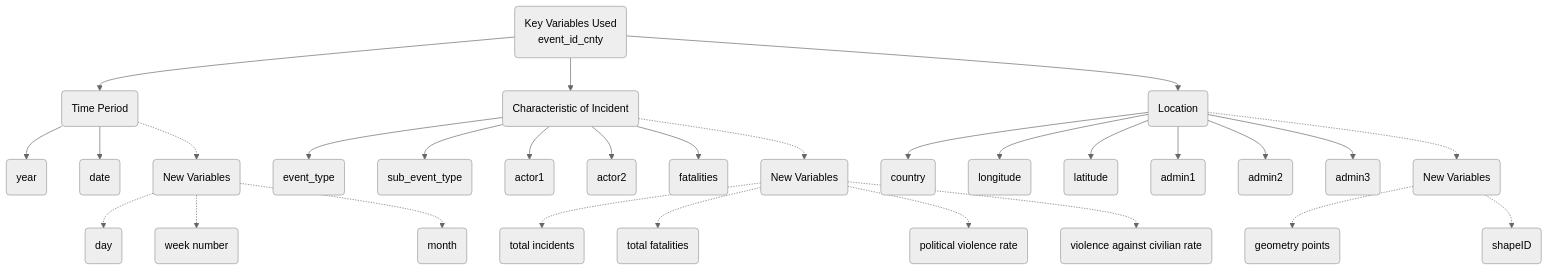
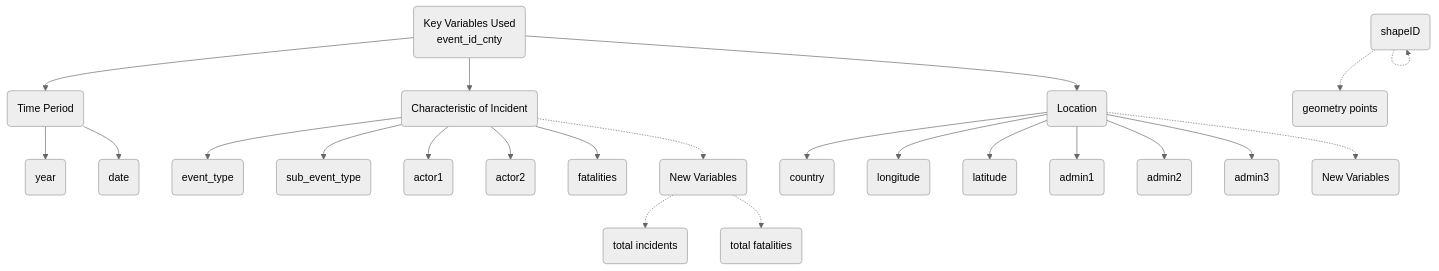
The diagram in Prototype/Aspatial Analysis/AspatialAnalysis.qmd (teoose/VAA-GroupProject-Netlify-), drawn with Mermaid (neutral theme) before and after one commit. The commit also changed other lines of this file and 18 other files, not shown here.

````diff
--- a/Prototype/Aspatial Analysis/AspatialAnalysis.qmd
+++ b/Prototype/Aspatial Analysis/AspatialAnalysis.qmd
@@ -118,38 +110,30 @@
 ```{mermaid}
 %%| echo: false
 flowchart TD
   A(Key Variables Used \n event_id_cnty)
   A --> B(Time Period)
   A --> C(Characteristic of Incident)
   A --> D(Location)
   
   B --> E(year)
   B --> F(date)
-  B -.-> G(New Variables)
-  G -.-> H(day)
-  G -.-> I(week number)
-  G -.-> J(month)
 
-
-  C --> K(event_type)
-  C --> L(sub_event_type)
-  C --> M(actor1)
-  C --> N(actor2)
-  C --> O(fatalities)
-  C -.-> P(New Variables)
-  P -.-> Q(total incidents)
-  P -.-> R(total fatalities)
-  P -.-> S(political violence rate)
-  P -.-> T(violence against civilian rate)
+  C --> G(event_type)
+  C --> H(sub_event_type)
+  C --> I(actor1)
+  C --> J(actor2)
+  C --> K(fatalities)
+  C -.-> L(New Variables)
+  L -.-> M(total incidents)
+  L -.-> N(total fatalities)
   
-  
-  D --> U(country)
-  D --> V(longitude)
-  D --> W(latitude)
-  D --> X(admin1)
-  D --> Y(admin2)
-  D --> Z(admin3)
-  D -.-> AA(New Variables)
-  AA -.-> AB(geometry points)
-  AA -.-> AC(shapeID)
+  D --> O(country)
+  D --> P(longitude)
+  D --> Q(latitude)
+  D --> R(admin1)
+  D --> S(admin2)
+  D --> T(admin3)
+  D -.-> U(New Variables)
+  W -.-> V(geometry points)
+  W -.-> W(shapeID)
 ```
````
